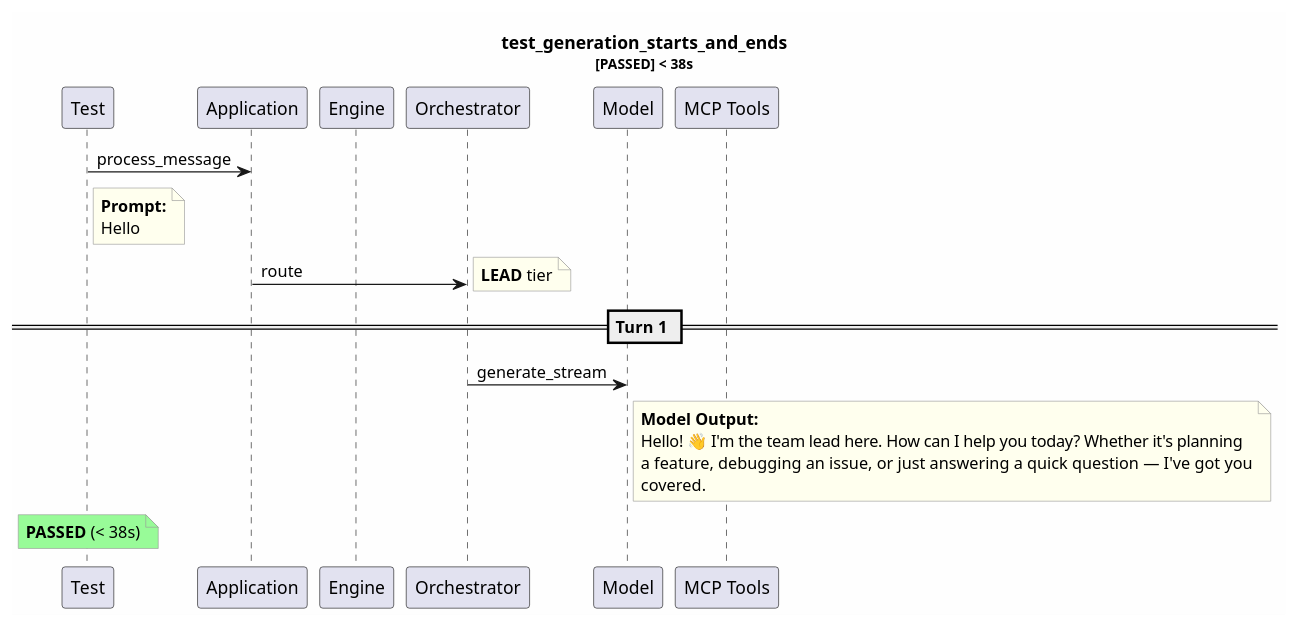
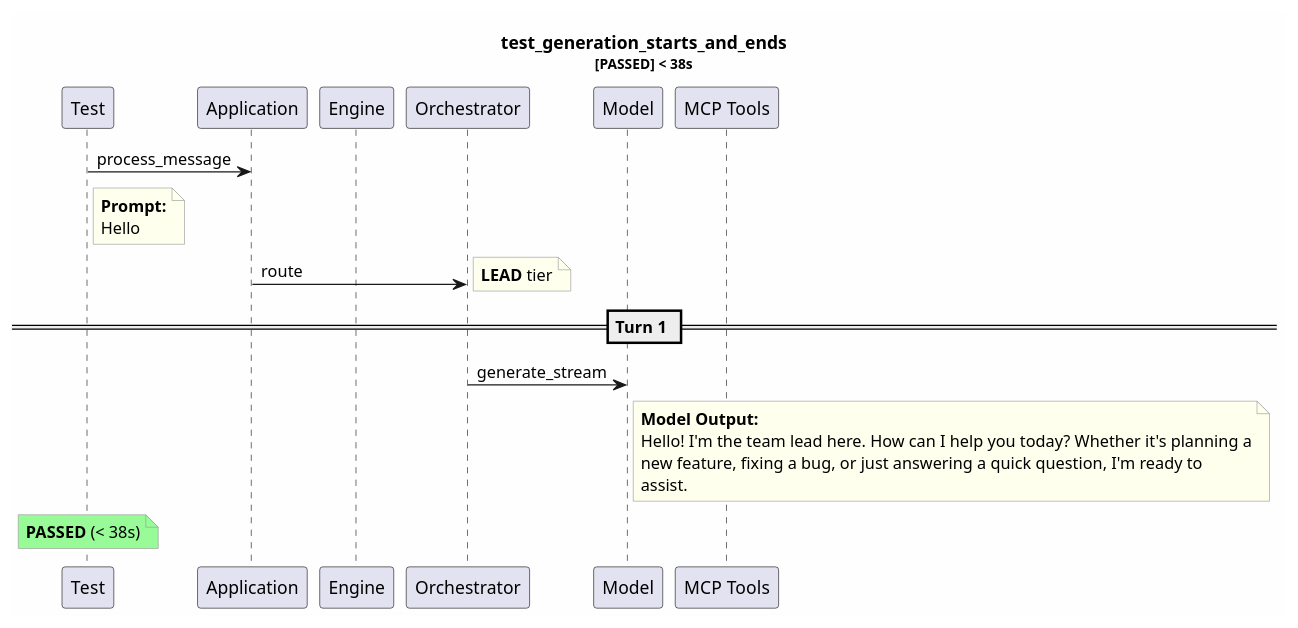
One commit to tvanfossen/entropic changed the diagram in test-reports/logs/test_generation_starts_and_ends/test_generation_starts_and_ends.puml. Above: the diagram before and after it, drawn with PlantUML. The commit also changed 12 other files, not shown here.

```diff
--- a/test-reports/logs/test_generation_starts_and_ends/test_generation_starts_and_ends.puml
+++ b/test-reports/logs/test_generation_starts_and_ends/test_generation_starts_and_ends.puml
@@ -1,33 +1,33 @@
 @startuml
 skinparam backgroundColor #FEFEFE
 skinparam noteBorderColor #999999
 skinparam noteBackgroundColor #FFFFEE
 title test_generation_starts_and_ends\n<size:11>[PASSED] < 38s</size>
 
 participant "Test" as T
 participant "Application" as App
 participant "Engine" as Eng
 participant "Orchestrator" as Orch
 participant "Model" as Mdl
 participant "MCP Tools" as MCP
 
 T -> App: process_message
 note right of T
   **Prompt:**
   Hello
 end note
 App -> Orch: route
 note right: **LEAD** tier
 == Turn 1 ==
 Orch -> Mdl: generate_stream
 note right of Mdl
   **Model Output:**
-  Hello! 👋 I'm the team lead here. How can I help you today? Whether it's planning
-  a feature, debugging an issue, or just answering a quick question — I've got you
-  covered.
+  Hello! I'm the team lead here. How can I help you today? Whether it's planning a
+  new feature, fixing a bug, or just answering a quick question, I'm ready to 
+  assist.
 end note
 note over T #palegreen
   **PASSED** (< 38s)
 end note
 
 @enduml
```
